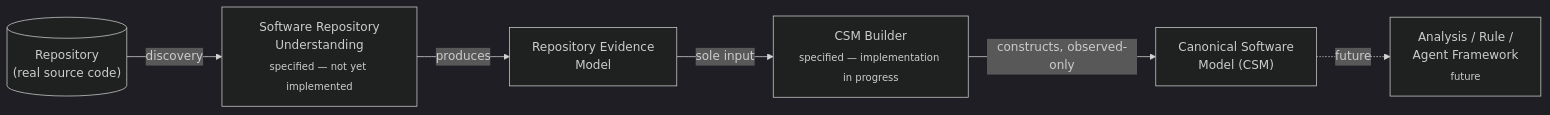
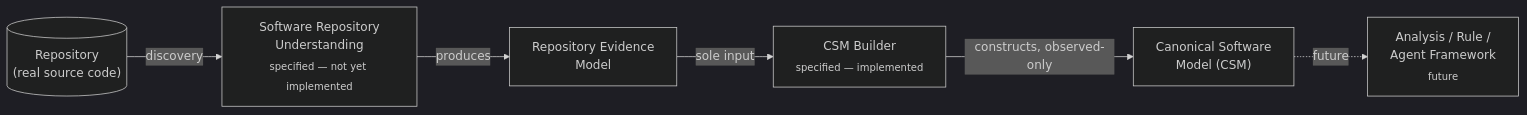
One commit to psrs12/aip changed the first of 9 diagrams in docs/architecture.md. Above: the diagram before and after it, drawn with Mermaid (dark theme). The commit also changed other lines of this file and 1 other file, not shown here.

````diff
--- a/docs/architecture.md
+++ b/docs/architecture.md
@@ -16,15 +20,15 @@
 ```mermaid
 flowchart LR
     Repo[("Repository<br/>(real source code)")]
     RU["Software Repository<br/>Understanding<br/><sub>specified — not yet implemented</sub>"]
     RE["Repository Evidence<br/>Model"]
-    CB["CSM Builder<br/><sub>specified — implementation in progress</sub>"]
+    CB["CSM Builder<br/><sub>specified — implemented</sub>"]
     CSM["Canonical Software<br/>Model (CSM)"]
     Future["Analysis / Rule /<br/>Agent Framework<br/><sub>future</sub>"]
 
     Repo -->|discovery| RU
     RU -->|produces| RE
     RE -->|sole input| CB
     CB -->|constructs, observed-only| CSM
     CSM -.->|future| Future
 ```
````
